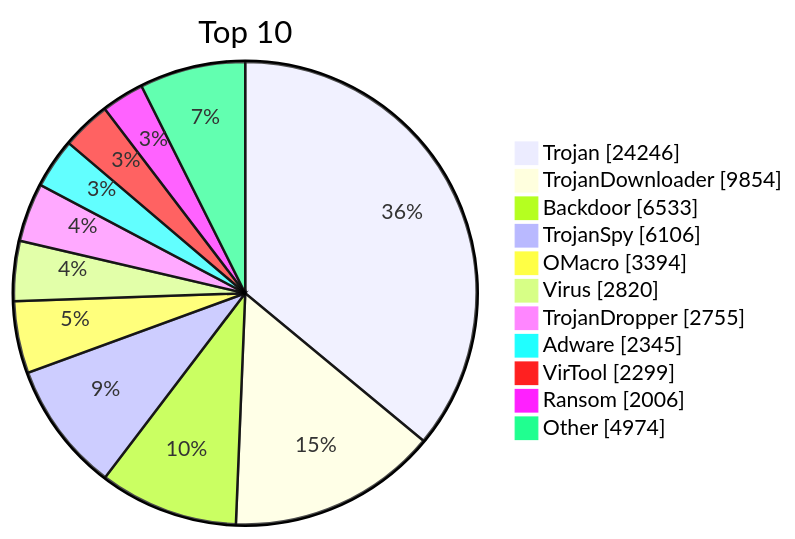
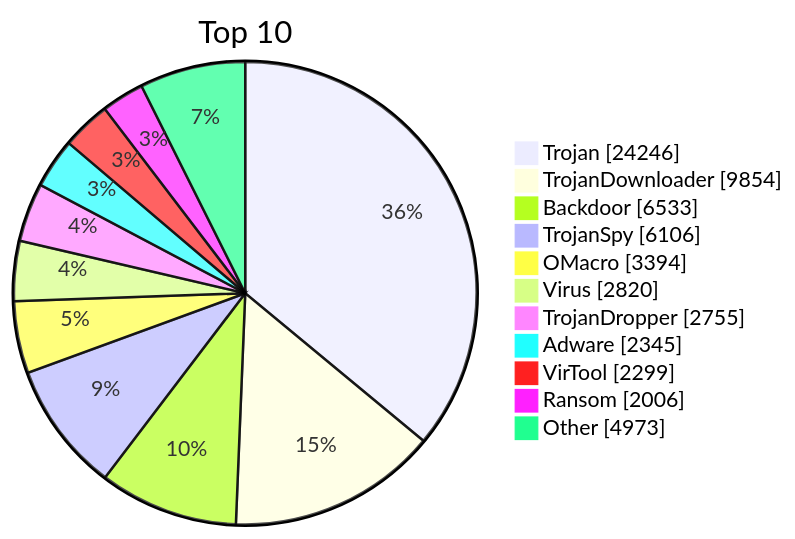
Before and after one commit to JerryLinLinLin/huorong-virdb-changelog: the diagram in README.md, drawn with Mermaid. The commit also changed other lines of this file and 14 other files, not shown here.

````diff
--- a/README.md
+++ b/README.md
@@ -19,15 +19,15 @@
 ```mermaid
 pie showData
     title Top 10
     "Trojan" : 24246
     "TrojanDownloader" : 9854
     "Backdoor" : 6533
     "TrojanSpy" : 6106
     "OMacro" : 3394
     "Virus" : 2820
     "TrojanDropper" : 2755
     "Adware" : 2345
     "VirTool" : 2299
     "Ransom" : 2006
-    "Other" : 4974
+    "Other" : 4973
 ```
````
